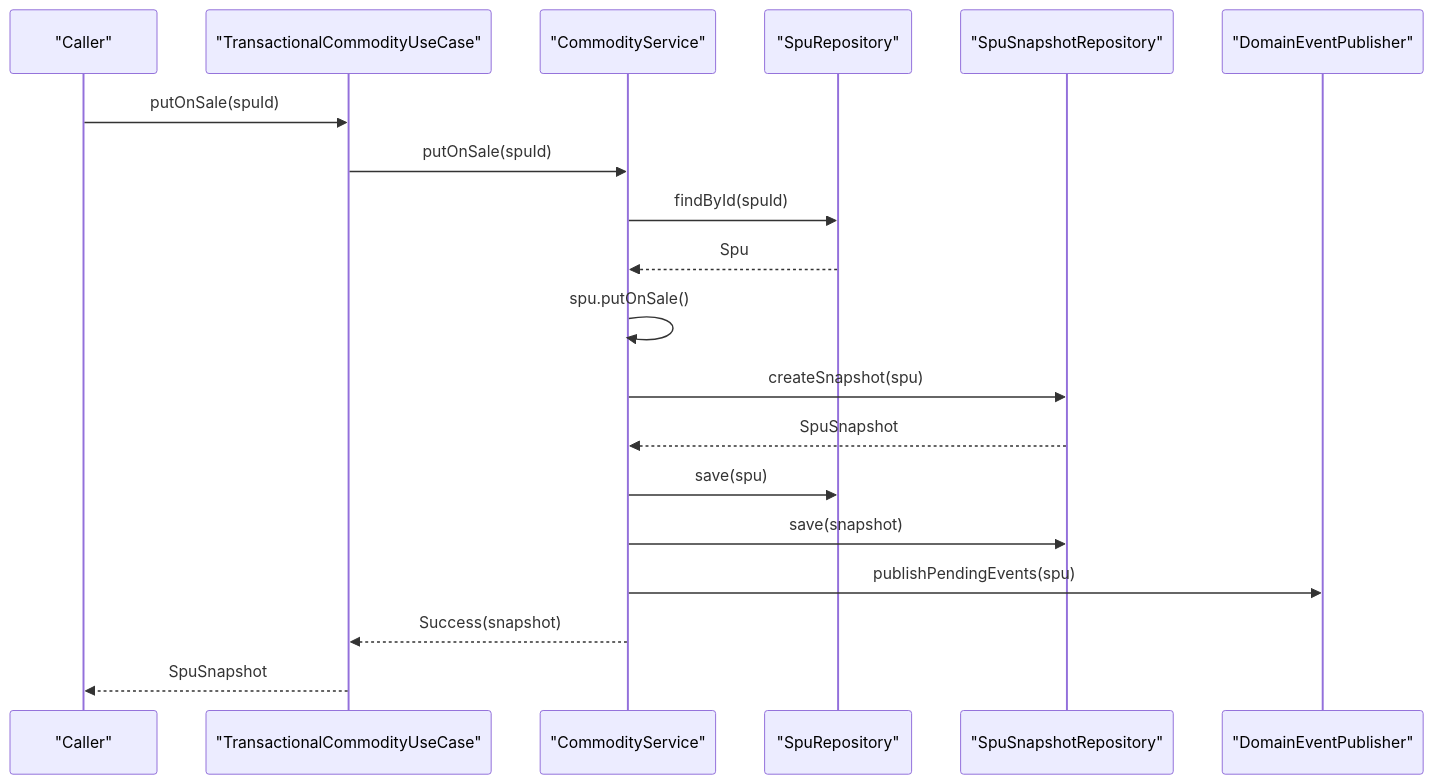
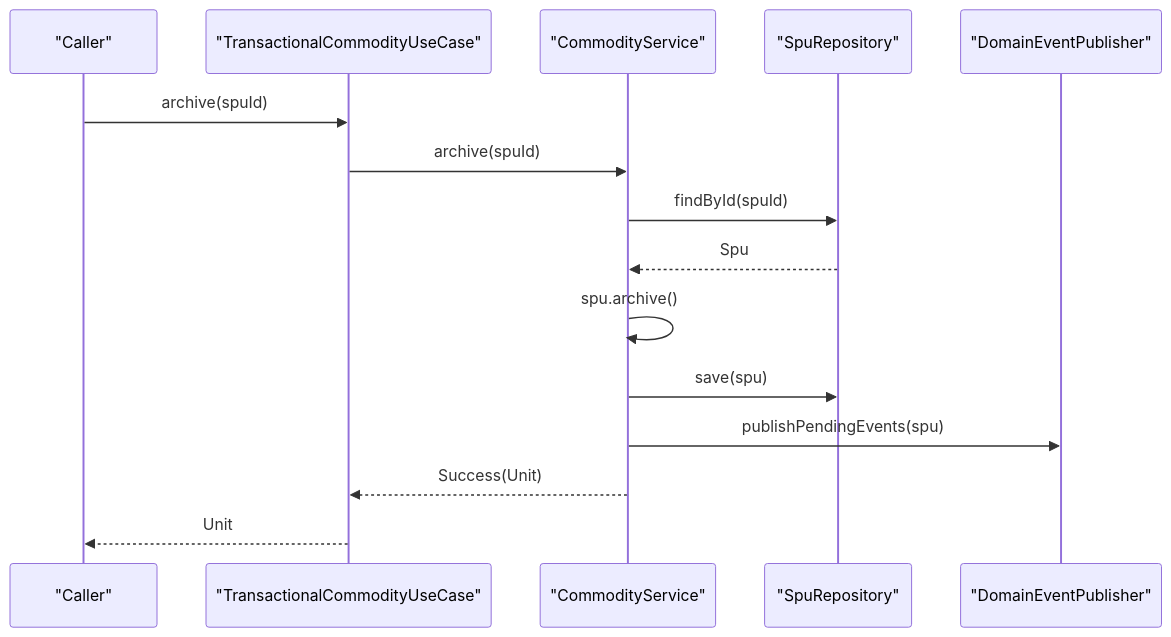
One commit to ddd-mall/j-store changed the third of 6 diagrams in .qoder/repowiki/en/content/Goods Catalog Module/Commodity Service Layer/Commodity Service Layer.md. Above: the diagram before and after it, drawn with Mermaid. The commit also changed other lines of this file and 334 other files, not shown here.

````diff
--- a/.qoder/repowiki/en/content/Goods Catalog Module/Commodity Service Layer/Commodity Service Layer.md
+++ b/.qoder/repowiki/en/content/Goods Catalog Module/Commodity Service Layer/Commodity Service Layer.md
@@ -180,21 +209,17 @@
 ```mermaid
 sequenceDiagram
 participant Client as "Caller"
 participant TX as "TransactionalCommodityUseCase"
 participant SVC as "CommodityService"
 participant SRepo as "SpuRepository"
-participant SnapRepo as "SpuSnapshotRepository"
 participant Pub as "DomainEventPublisher"
-Client->>TX : putOnSale(spuId)
-TX->>SVC : putOnSale(spuId)
+Client->>TX : archive(spuId)
+TX->>SVC : archive(spuId)
 SVC->>SRepo : findById(spuId)
 SRepo-->>SVC : Spu
-SVC->>SVC : spu.putOnSale()
-SVC->>SnapRepo : createSnapshot(spu)
-SnapRepo-->>SVC : SpuSnapshot
+SVC->>SVC : spu.archive()
 SVC->>SRepo : save(spu)
-SVC->>SnapRepo : save(snapshot)
 SVC->>Pub : publishPendingEvents(spu)
-SVC-->>TX : Success(snapshot)
-TX-->>Client : SpuSnapshot
+SVC-->>TX : Success(Unit)
+TX-->>Client : Unit
 ```
````
